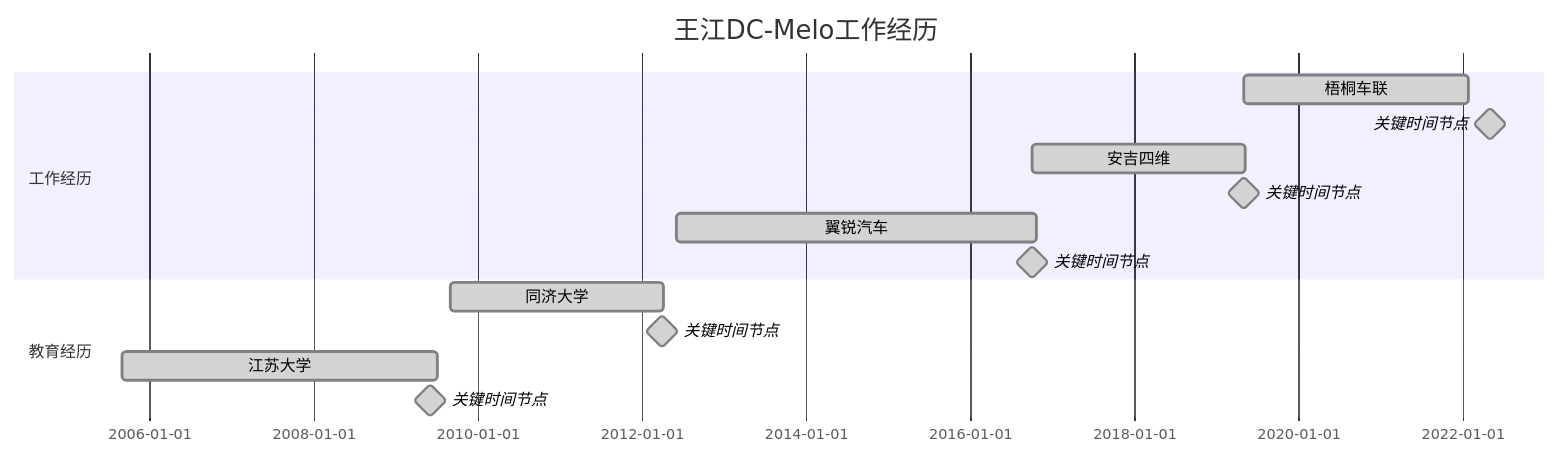
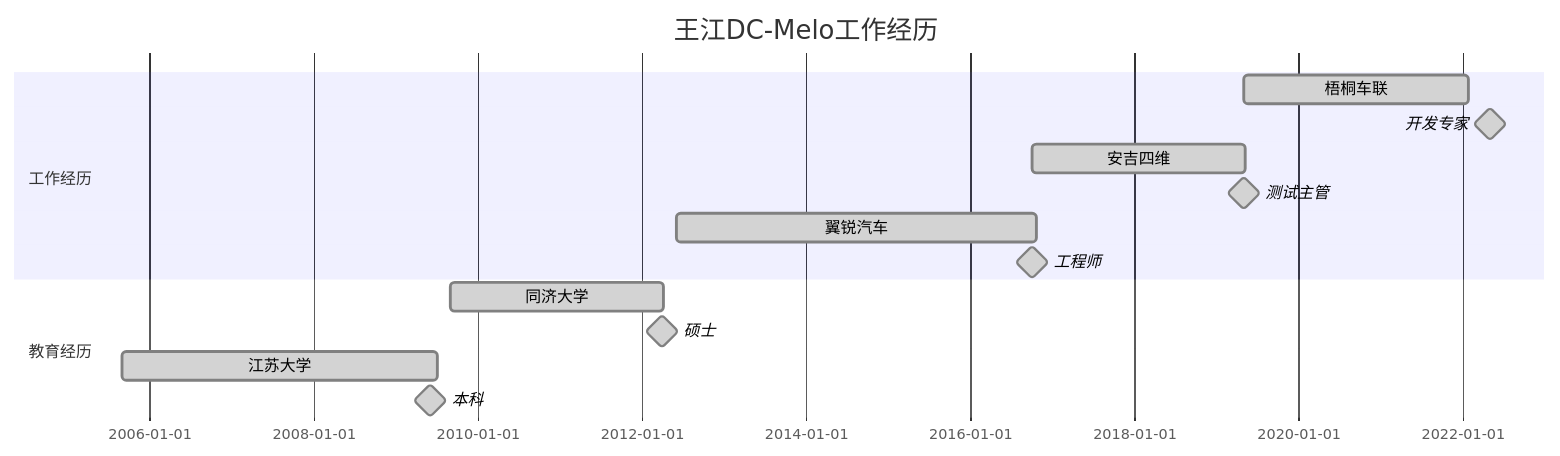
Before and after one commit to DC-Melo/README: the diagram in README.md, drawn with Mermaid.

````diff
--- a/README.md
+++ b/README.md
@@ -74,19 +43,19 @@
 ```mermaid
 gantt
     title 王江DC-Melo工作经历
     dateFormat  YYYY-MM
 
     section 工作经历
-    梧桐车联     : done , weekplan  , 2019-05 , 1000d
-    关键时间节点 : done , milestone , name    , 2022-05 , 0d
-    安吉四维     : done , weekplan  , 2016-10 , 950d
-    关键时间节点 : done , milestone , name    , 2019-05 , 0d
-    翼锐汽车     : done , weekplan  , 2012-06 , 1600d
-    关键时间节点 : done , milestone , name    , 2016-10 , 0d
+    梧桐车联 : done , weekplan  , 2019-05 , 1000d
+    开发专家 : done , milestone , name    , 2022-05 , 0d
+    安吉四维 : done , weekplan  , 2016-10 , 950d
+    测试主管 : done , milestone , name    , 2019-05 , 0d
+    翼锐汽车 : done , weekplan  , 2012-06 , 1600d
+    工程师   : done , milestone , name    , 2016-10 , 0d
 
     section 教育经历
-    同济大学     : done , weekplan  , 2009-09 , 950d
-    关键时间节点 : done , milestone , name    , 2012-04 , 0d
-    江苏大学     : done , weekplan  , 2005-09 , 1400d
-    关键时间节点 : done , milestone , name    , 2009-06 , 0d
+    同济大学 : done , weekplan  , 2009-09 , 950d
+    硕士     : done , milestone , name    , 2012-04 , 0d
+    江苏大学 : done , weekplan  , 2005-09 , 1400d
+    本科     : done , milestone , name    , 2009-06 , 0d
 ```
````
